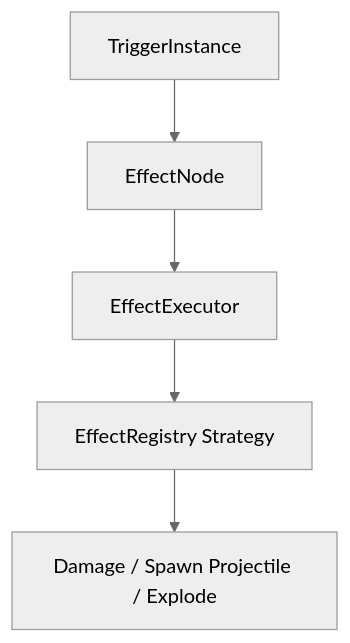
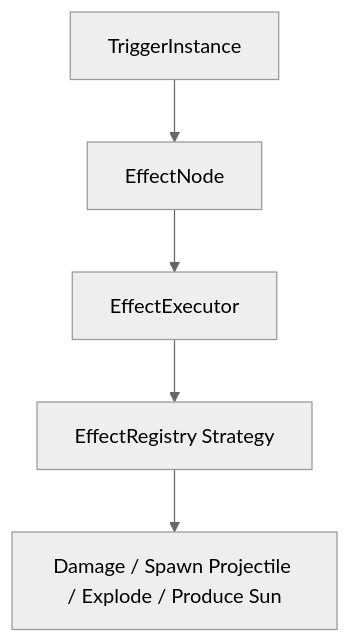
The first of 2 diagrams in wiki/02-runtime-protocol/04-效果系统.md (Abgetrennter/open_pvz), drawn with Mermaid (neutral theme) before and after one commit. The commit also changed other lines of this file and 15 other files, not shown here.

````diff
--- a/wiki/02-runtime-protocol/04-效果系统.md
+++ b/wiki/02-runtime-protocol/04-效果系统.md
@@ -63,7 +63,7 @@
 ```mermaid
 graph TD
     A["TriggerInstance"] --> B["EffectNode"]
     B --> C["EffectExecutor"]
     C --> D["EffectRegistry Strategy"]
-    D --> E["Damage / Spawn Projectile / Explode"]
+    D --> E["Damage / Spawn Projectile / Explode / Produce Sun"]
 ```
````
